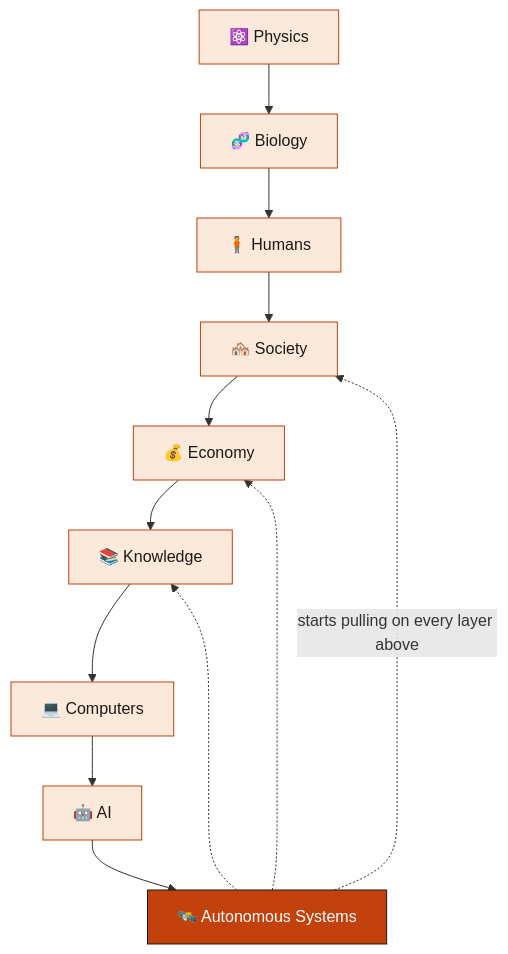
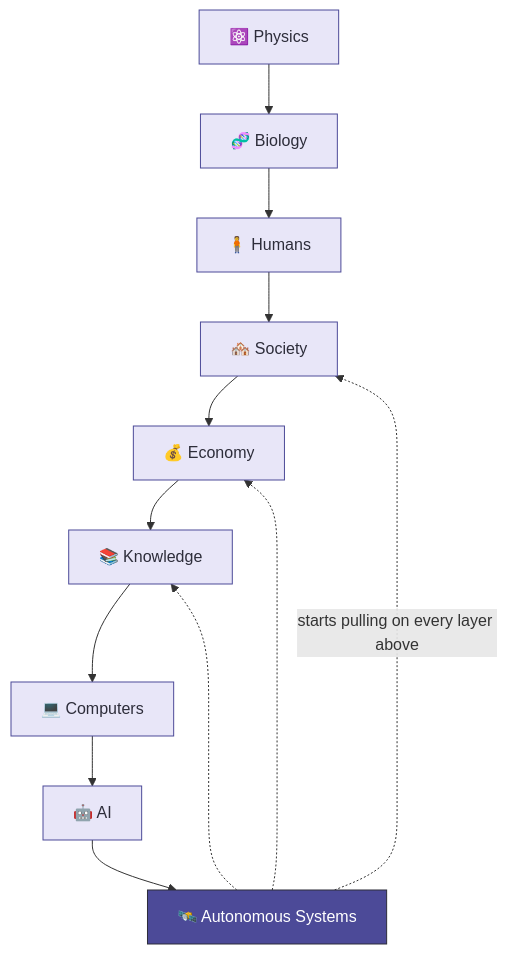
One commit to kader-xai/kader-xai.github.io changed the third of 4 diagrams in blog/2026-05-16-quest-for-agi/index.qmd. Above: the diagram before and after it, drawn with Mermaid. The commit also changed other lines of this file and 43 other files, not shown here.

````diff
--- a/blog/2026-05-16-quest-for-agi/index.qmd
+++ b/blog/2026-05-16-quest-for-agi/index.qmd
@@ -197,20 +197,20 @@
 ```{mermaid}
 flowchart TD
     P["⚛️ Physics"]:::stack
     B["🧬 Biology"]:::stack
     HU["🧍 Humans"]:::stack
     S["🏘️ Society"]:::stack
     E["💰 Economy"]:::stack
     K["📚 Knowledge"]:::stack
     C["💻 Computers"]:::stack
     AI["🤖 AI"]:::stack
     AU["🛰️ Autonomous Systems"]:::final
 
     P --> B --> HU --> S --> E --> K --> C --> AI --> AU
     AU -. "starts pulling on every layer above" .-> S
     AU -. " " .-> K
     AU -. " " .-> E
 
-    classDef stack fill:#fbeadc,stroke:#c2410c,color:#1c1814;
-    classDef final fill:#c2410c,stroke:#1c1814,color:#ffffff;
+    classDef stack fill:#E8E6F8,stroke:#4C4A98,color:#2d2d3a;
+    classDef final fill:#4C4A98,stroke:#2d2d3a,color:#ffffff;
 ```
````
